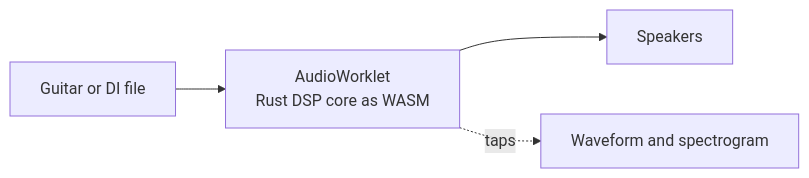
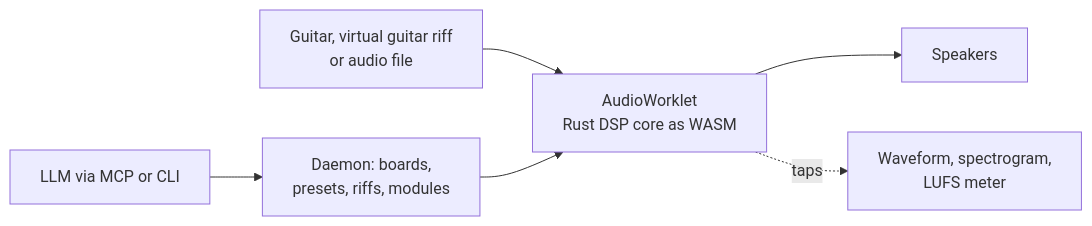
One commit to leejianrong/v-guitar-rig changed the diagram in README.md. Above: the diagram before and after it, drawn with Mermaid. The commit also changed other lines of this file and 4 other files, not shown here.

````diff
--- a/README.md
+++ b/README.md
@@ -9,6 +9,8 @@
 ```mermaid
 flowchart LR
-  G[Guitar or DI file] --> A[AudioWorklet<br/>Rust DSP core as WASM]
+  G[Guitar, virtual guitar riff<br/>or audio file] --> A[AudioWorklet<br/>Rust DSP core as WASM]
   A --> S[Speakers]
-  A -.taps.-> V[Waveform and spectrogram]
+  A -.taps.-> V[Waveform, spectrogram,<br/>LUFS meter]
+  L[LLM via MCP or CLI] --> D[Daemon: boards,<br/>presets, riffs, modules]
+  D --> A
 ```
````
